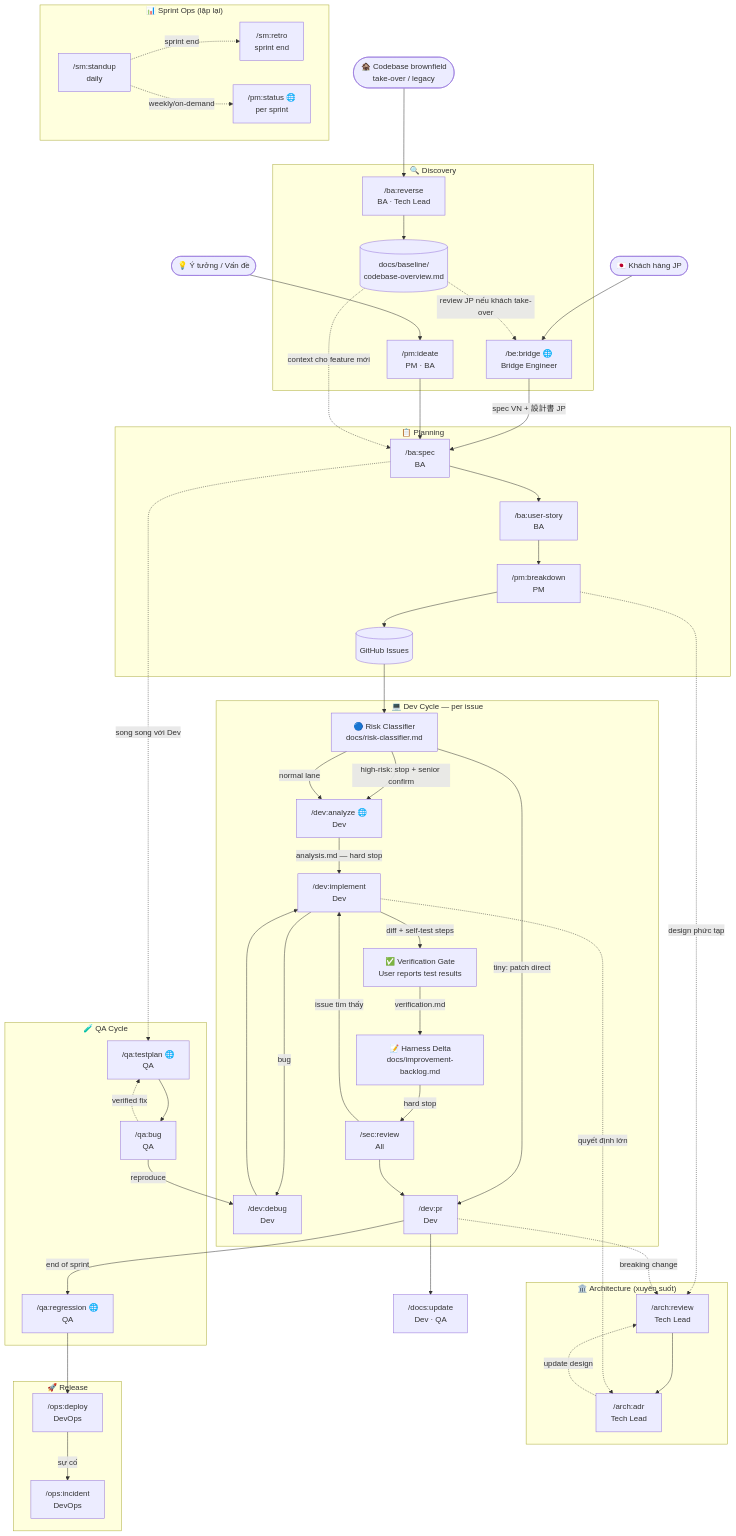
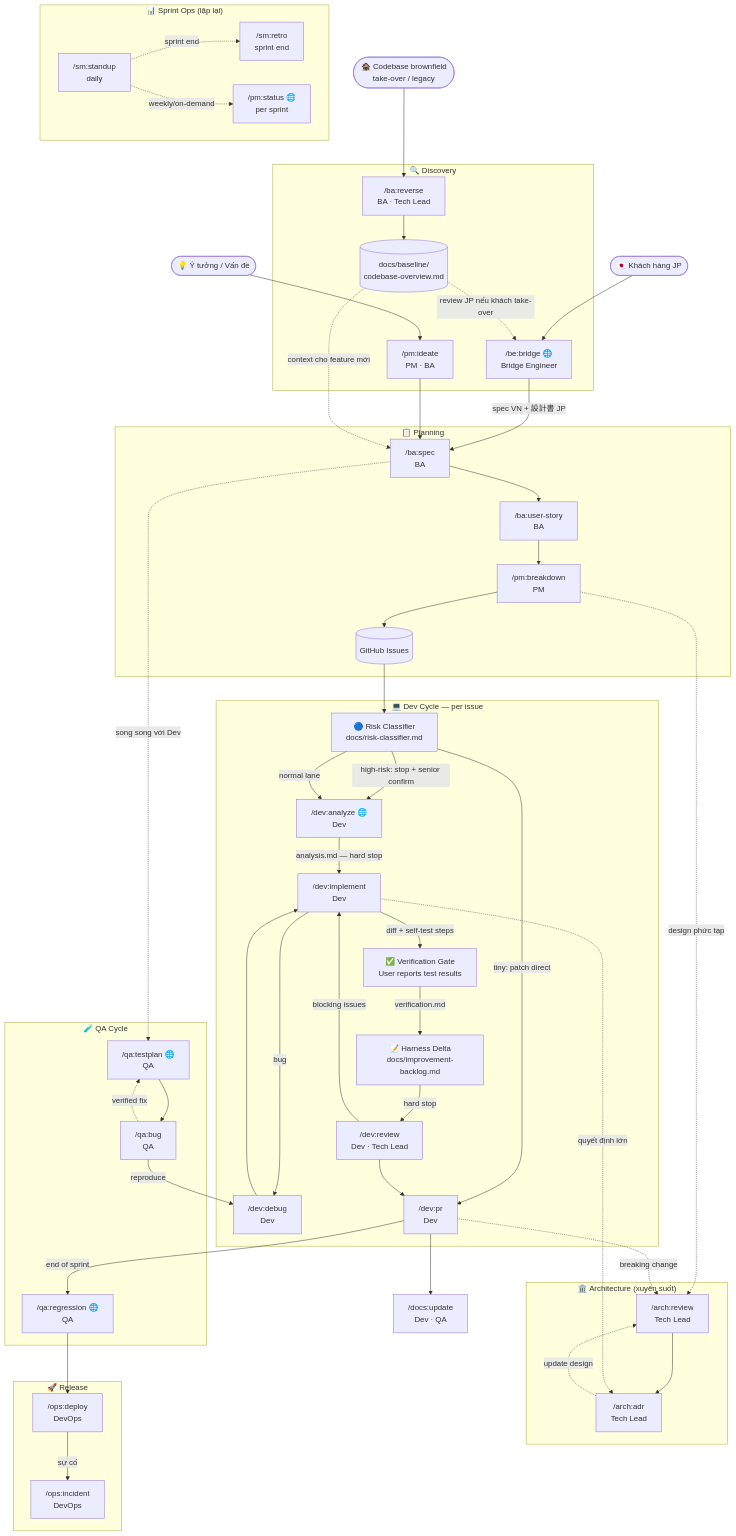
Before and after one commit to hiepdnh/Agentic-Development-Lifecycle: the diagram in docs/workflows/skill-flowchart.md, drawn with Mermaid. The commit also changed other lines of this file and 4 other files, not shown here.

Commit message:
feat(dev:review): thêm skill review tổng quan gộp code + arch + security (conflict resolved)

```diff
--- a/docs/workflows/skill-flowchart.md
+++ b/docs/workflows/skill-flowchart.md
@@ -43,7 +43,7 @@
         VERIFY["✅ Verification Gate\nUser reports test results"]
         HARNESS["📝 Harness Delta\ndocs/improvement-backlog.md"]
         DEBUG["/dev:debug\nDev"]
-        SEC["/sec:review\nAll"]
+        DEVREVIEW["/dev:review\nDev · Tech Lead"]
         PR["/dev:pr\nDev"]
     end
 
@@ -109,11 +109,11 @@
     %% Verification
     IMPLEMENT -->|"diff + self-test steps"| VERIFY
     VERIFY -->|"verification.md"| HARNESS
-    HARNESS -->|"hard stop"| SEC
+    HARNESS -->|"hard stop"| DEVREVIEW
 
     %% Pre-merge
-    SEC -->|"issue tìm thấy"| IMPLEMENT
-    SEC --> PR
+    DEVREVIEW -->|"blocking issues"| IMPLEMENT
+    DEVREVIEW --> PR
 
     %% Post-merge
     PR --> DOCS
```
